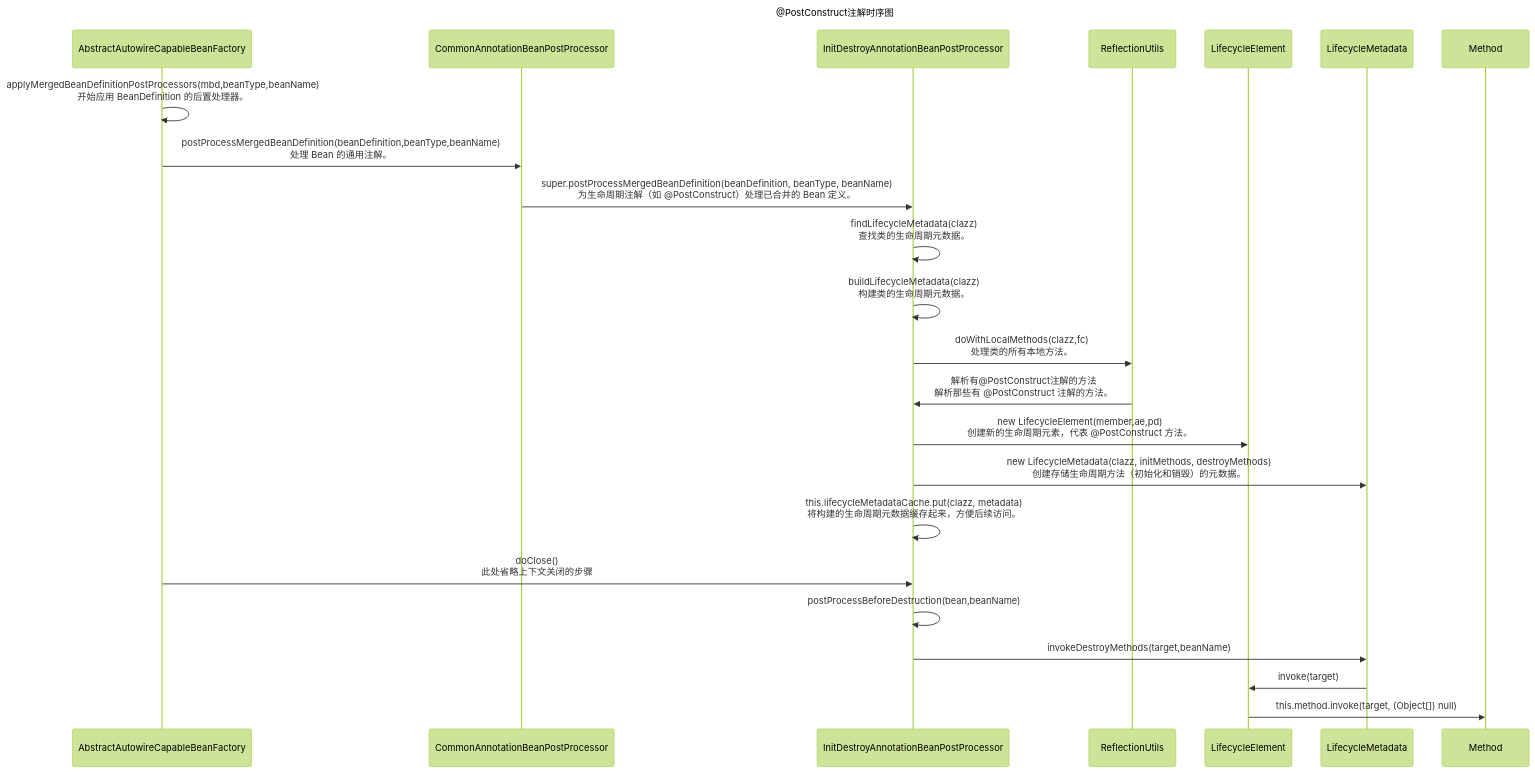
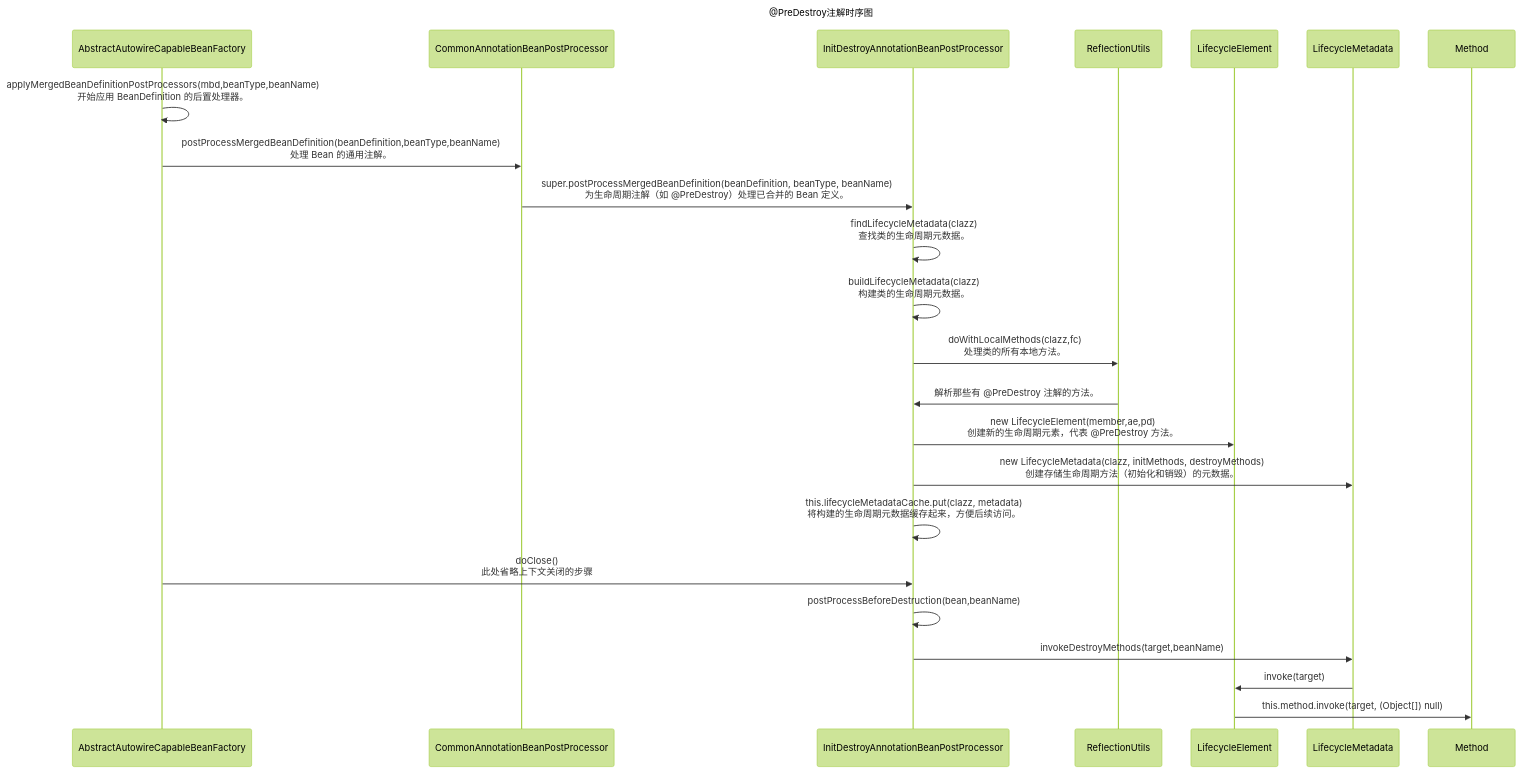
Before and after one commit to xuchengsheng/spring-reading: the diagram in spring-jsr/spring-jsr250-preDestroy/README.md, drawn with Mermaid (forest theme). The commit also changed other lines of this file, not shown here.

Commit message:
@PreDestroy注解源码分析

```diff
--- a/spring-jsr/spring-jsr250-preDestroy/README.md
+++ b/spring-jsr/spring-jsr250-preDestroy/README.md
@@ -106,19 +106,19 @@
 ~~~mermaid
 sequenceDiagram
-Title: @PostConstruct注解时序图
+Title: @PreDestroy注解时序图
 AbstractAutowireCapableBeanFactory->>AbstractAutowireCapableBeanFactory:applyMergedBeanDefinitionPostProcessors(mbd,beanType,beanName)<br>开始应用 BeanDefinition 的后置处理器。
 AbstractAutowireCapableBeanFactory->>CommonAnnotationBeanPostProcessor:postProcessMergedBeanDefinition(beanDefinition,beanType,beanName)<br>处理 Bean 的通用注解。
-CommonAnnotationBeanPostProcessor->>InitDestroyAnnotationBeanPostProcessor:super.postProcessMergedBeanDefinition(beanDefinition, beanType, beanName)<br>为生命周期注解（如 @PostConstruct）处理已合并的 Bean 定义。
+CommonAnnotationBeanPostProcessor->>InitDestroyAnnotationBeanPostProcessor:super.postProcessMergedBeanDefinition(beanDefinition, beanType, beanName)<br>为生命周期注解（如 @PreDestroy）处理已合并的 Bean 定义。
 InitDestroyAnnotationBeanPostProcessor->>InitDestroyAnnotationBeanPostProcessor:findLifecycleMetadata(clazz)<br>查找类的生命周期元数据。
 InitDestroyAnnotationBeanPostProcessor->>InitDestroyAnnotationBeanPostProcessor:buildLifecycleMetadata(clazz)<br>构建类的生命周期元数据。
 InitDestroyAnnotationBeanPostProcessor->>ReflectionUtils:doWithLocalMethods(clazz,fc)<br>处理类的所有本地方法。
-ReflectionUtils->>InitDestroyAnnotationBeanPostProcessor:解析有@PostConstruct注解的方法<br>解析那些有 @PostConstruct 注解的方法。
-InitDestroyAnnotationBeanPostProcessor->>LifecycleElement:new LifecycleElement(member,ae,pd)<br>创建新的生命周期元素，代表 @PostConstruct 方法。
+ReflectionUtils->>InitDestroyAnnotationBeanPostProcessor:<br>解析那些有 @PreDestroy 注解的方法。
+InitDestroyAnnotationBeanPostProcessor->>LifecycleElement:new LifecycleElement(member,ae,pd)<br>创建新的生命周期元素，代表 @PreDestroy 方法。
 InitDestroyAnnotationBeanPostProcessor->>LifecycleMetadata:new LifecycleMetadata(clazz, initMethods, destroyMethods)<br>创建存储生命周期方法（初始化和销毁）的元数据。
 InitDestroyAnnotationBeanPostProcessor->>InitDestroyAnnotationBeanPostProcessor:this.lifecycleMetadataCache.put(clazz, metadata)<br>将构建的生命周期元数据缓存起来，方便后续访问。
 AbstractAutowireCapableBeanFactory->>InitDestroyAnnotationBeanPostProcessor:doClose()<br>此处省略上下文关闭的步骤
 InitDestroyAnnotationBeanPostProcessor->>InitDestroyAnnotationBeanPostProcessor:postProcessBeforeDestruction(bean,beanName)
 InitDestroyAnnotationBeanPostProcessor->>LifecycleMetadata:invokeDestroyMethods(target,beanName)
 LifecycleMetadata->>LifecycleElement:invoke(target)
 LifecycleElement->>Method:this.method.invoke(target, (Object[]) null)
 ~~~
```
